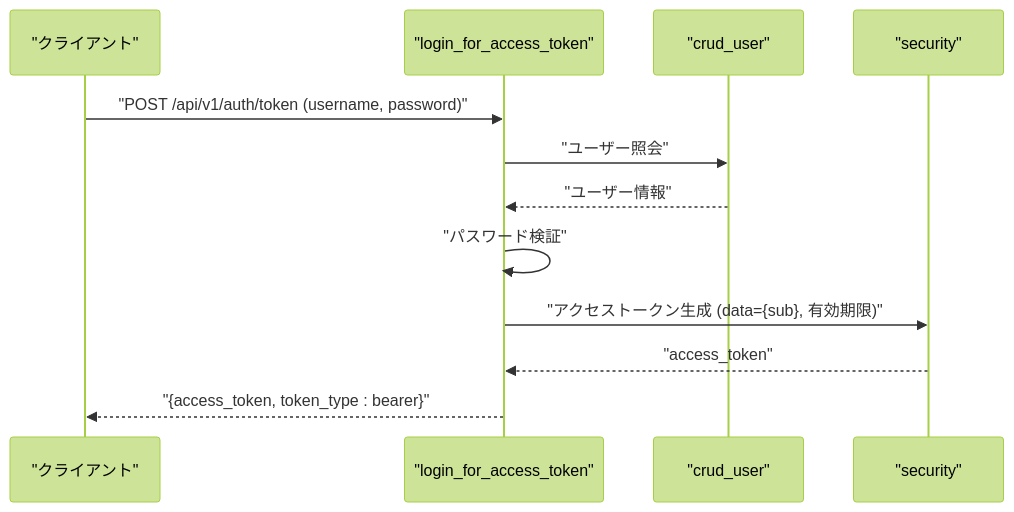
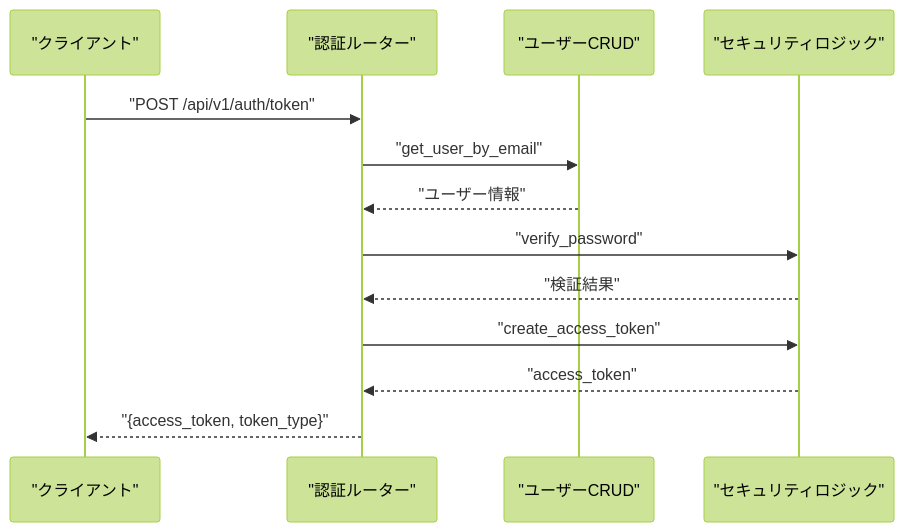
The fourth of 7 diagrams in .qoder/repowiki/ja/content/認証システム/JWTトークン管理.md (ss8806/Todos), drawn with Mermaid (forest theme) before and after one commit. The commit also changed other lines of this file and 106 other files, not shown here.

````diff
--- a/.qoder/repowiki/ja/content/認証システム/JWTトークン管理.md
+++ b/.qoder/repowiki/ja/content/認証システム/JWTトークン管理.md
@@ -167,14 +181,15 @@
 ```mermaid
 sequenceDiagram
-participant Client as "クライアント"
-participant AuthEP as "login_for_access_token"
-participant CRUD as "crud_user"
-participant Security as "security"
-Client->>AuthEP : "POST /api/v1/auth/token (username, password)"
-AuthEP->>CRUD : "ユーザー照会"
-CRUD-->>AuthEP : "ユーザー情報"
-AuthEP->>AuthEP : "パスワード検証"
-AuthEP->>Security : "アクセストークン生成 (data={sub}, 有効期限)"
-Security-->>AuthEP : "access_token"
-AuthEP-->>Client : "{access_token, token_type : bearer}"
+participant C as "クライアント"
+participant R as "認証ルーター"
+participant U as "ユーザーCRUD"
+participant S as "セキュリティロジック"
+C->>R : "POST /api/v1/auth/token"
+R->>U : "get_user_by_email"
+U-->>R : "ユーザー情報"
+R->>S : "verify_password"
+S-->>R : "検証結果"
+R->>S : "create_access_token"
+S-->>R : "access_token"
+R-->>C : "{access_token, token_type}"
 ```
````
